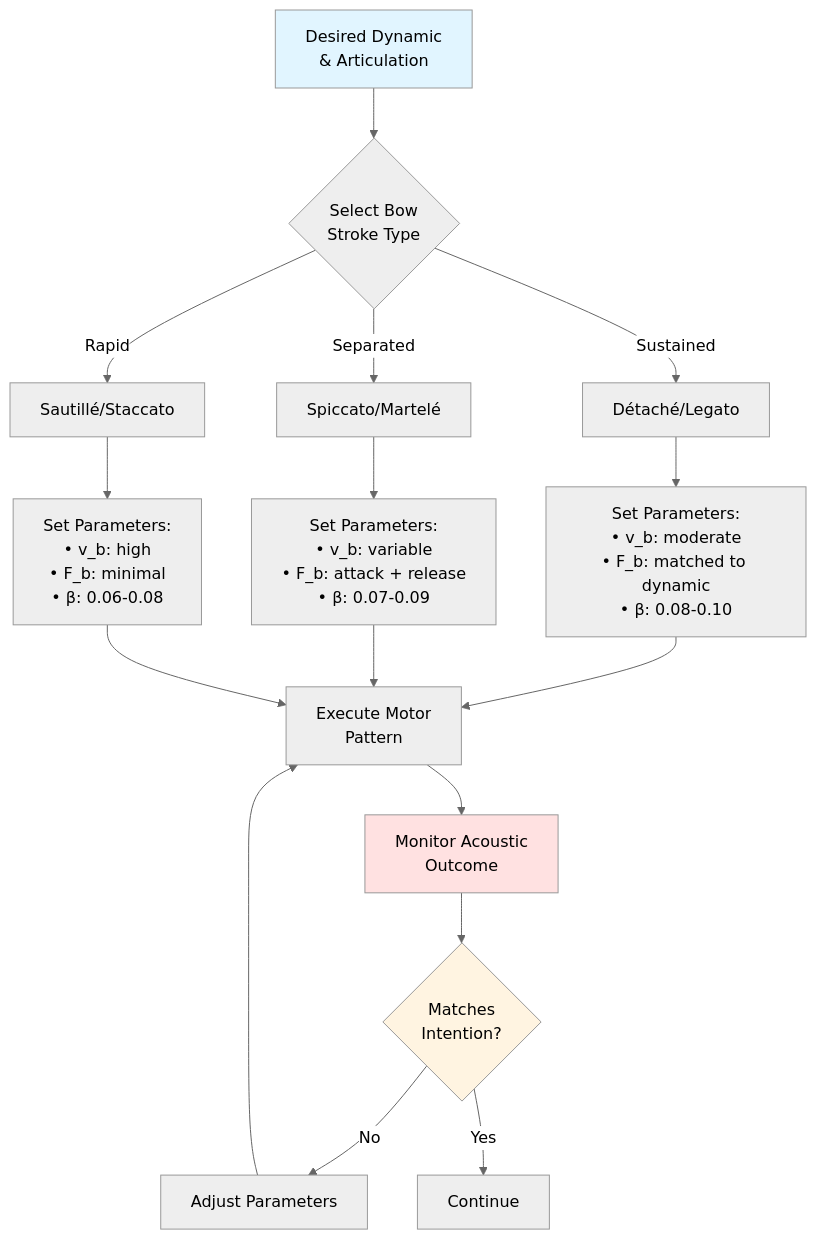
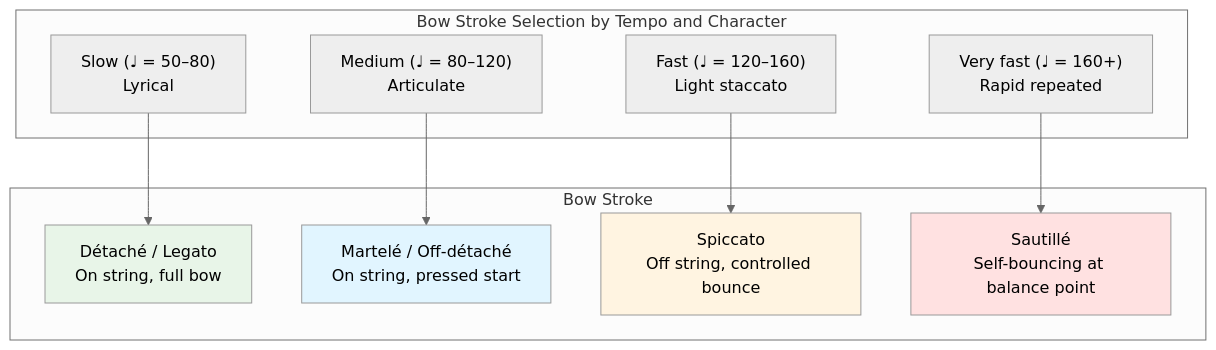
Before and after one commit to blebleblee/synapse: the fifth of 8 diagrams in topics/arts/music_performance/strings/lesson_01_string_techniques.md, drawn with Mermaid (neutral theme). The commit also changed other lines of this file and 4 other files, not shown here.

````diff
--- a/topics/arts/music_performance/strings/lesson_01_string_techniques.md
+++ b/topics/arts/music_performance/strings/lesson_01_string_techniques.md
@@ -139,26 +499,26 @@
 ```mermaid
-flowchart TB
-    A["Desired Dynamic<br/>& Articulation"] --> B{"Select Bow<br/>Stroke Type"}
-    
-    B -->|"Sustained"| C["Détaché/Legato"]
-    B -->|"Separated"| D["Spiccato/Martelé"]
-    B -->|"Rapid"| E["Sautillé/Staccato"]
-    
-    C --> F["Set Parameters:<br/>• v_b: moderate<br/>• F_b: matched to dynamic<br/>• β: 0.08-0.10"]
-    D --> G["Set Parameters:<br/>• v_b: variable<br/>• F_b: attack + release<br/>• β: 0.07-0.09"]
-    E --> H["Set Parameters:<br/>• v_b: high<br/>• F_b: minimal<br/>• β: 0.06-0.08"]
-    
-    F --> I["Execute Motor<br/>Pattern"]
-    G --> I
-    H --> I
-    
-    I --> J["Monitor Acoustic<br/>Outcome"]
-    J --> K{"Matches<br/>Intention?"}
-    K -->|"No"| L["Adjust Parameters"]
-    K -->|"Yes"| M["Continue"]
-    L --> I
-    
-    style A fill:#e1f5ff
-    style J fill:#ffe1e1
-    style K fill:#fff4e1
+flowchart TD
+    subgraph sub_bow ["Bow Stroke Selection by Tempo and Character"]
+        T1["Slow (♩ = 50–80)<br/>Lyrical"]
+        T2["Medium (♩ = 80–120)<br/>Articulate"]
+        T3["Fast (♩ = 120–160)<br/>Light staccato"]
+        T4["Very fast (♩ = 160+)<br/>Rapid repeated"]
+    end
+
+    subgraph sub_stroke ["Bow Stroke"]
+        S1["Détaché / Legato<br/>On string, full bow"]
+        S2["Martelé / Off-détaché<br/>On string, pressed start"]
+        S3["Spiccato<br/>Off string, controlled bounce"]
+        S4["Sautillé<br/>Self-bouncing at balance point"]
+    end
+
+    T1 --> S1
+    T2 --> S2
+    T3 --> S3
+    T4 --> S4
+
+    style S1 fill:#e8f5e8
+    style S2 fill:#e1f5ff
+    style S3 fill:#fff4e1
+    style S4 fill:#ffe1e1
 ```
````
